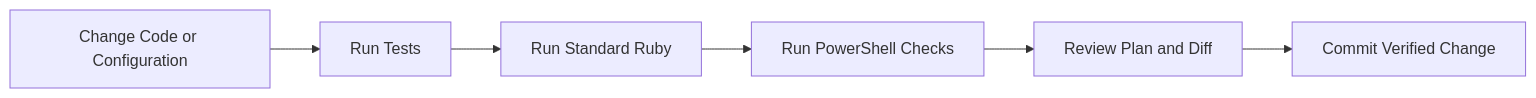
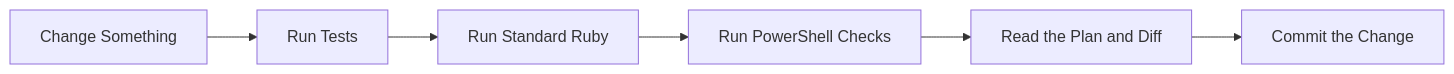
Before and after one commit to mewclouds/dotfiles: the second of 2 diagrams in ARCHITECTURE.md, drawn with Mermaid. The commit also changed other lines of this file and 1 other file, not shown here.

````diff
--- a/ARCHITECTURE.md
+++ b/ARCHITECTURE.md
@@ -116,8 +160,8 @@
 ```mermaid
 flowchart LR
-    CHANGE[Change Code or Configuration] --> TEST[Run Tests]
+    CHANGE[Change Something] --> TEST[Run Tests]
     TEST --> RUBY_CHECK[Run Standard Ruby]
     RUBY_CHECK --> PS_CHECK[Run PowerShell Checks]
-    PS_CHECK --> REVIEW[Review Plan and Diff]
-    REVIEW --> COMMIT[Commit Verified Change]
+    PS_CHECK --> REVIEW[Read the Plan and Diff]
+    REVIEW --> COMMIT[Commit the Change]
 ```
````
